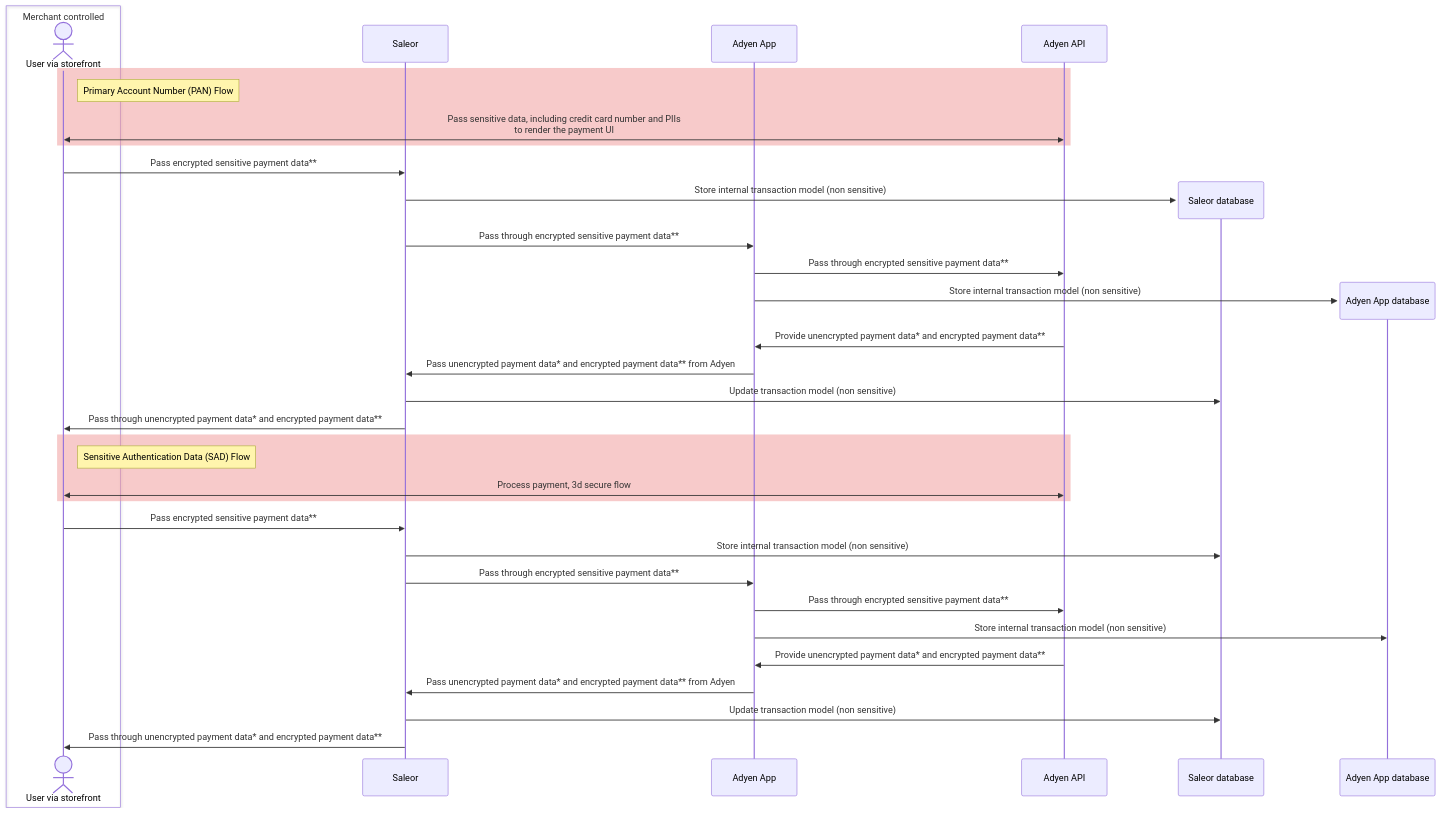
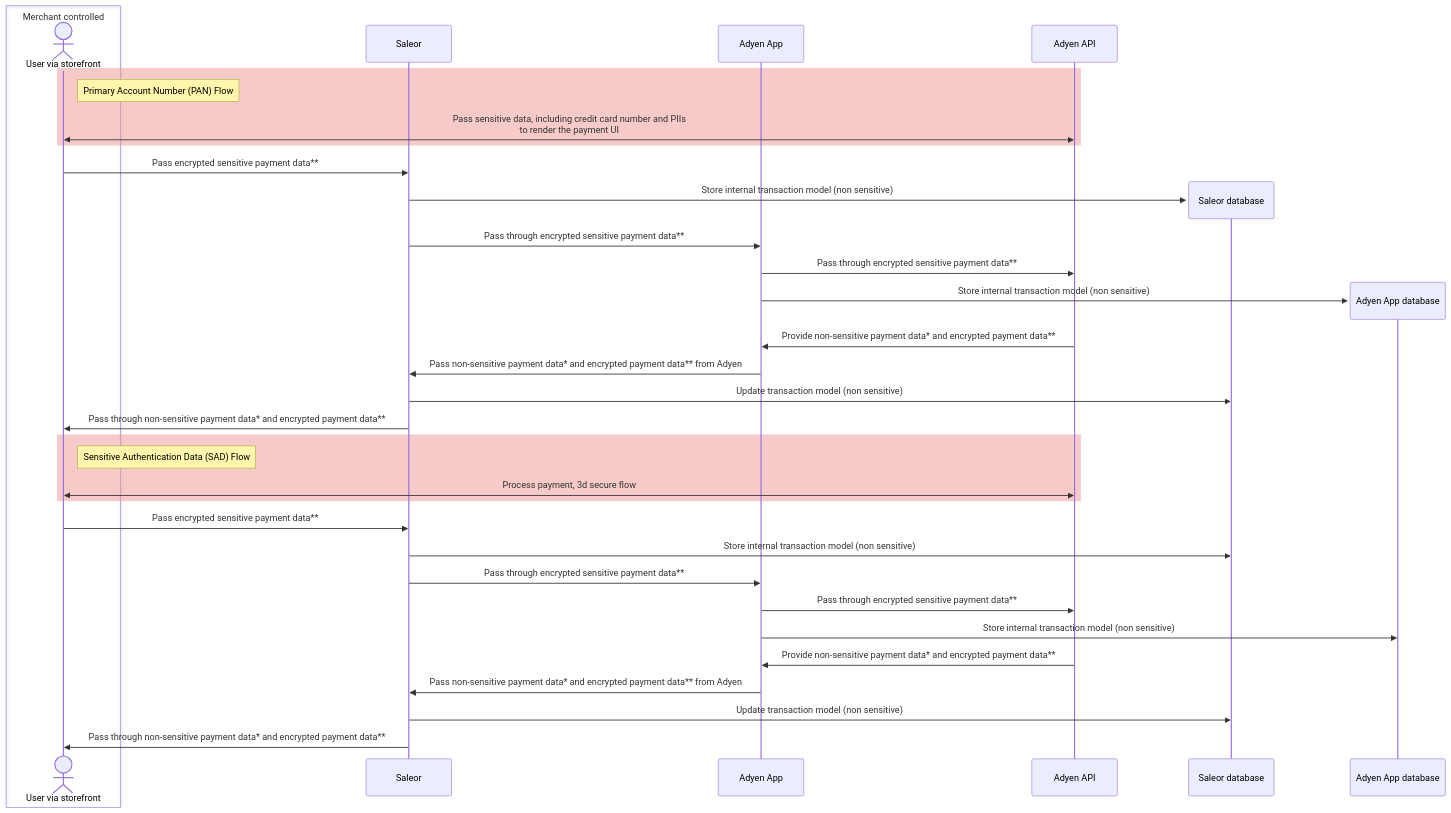
The diagram in docs/developer/app-store/apps/adyen/pci-dss.mdx (saleor/saleor-docs), drawn with Mermaid before and after one commit. The commit also changed 1 other file, not shown here.

Commit message:
Update wording for adyen app & stripe plugin

````diff
--- a/docs/developer/app-store/apps/adyen/pci-dss.mdx
+++ b/docs/developer/app-store/apps/adyen/pci-dss.mdx
@@ -9,43 +9,43 @@
 ```mermaid
 sequenceDiagram
     box Merchant controlled
     actor User via storefront
     end
     participant Saleor
     participant Adyen App
     participant Adyen API
 
     rect rgba(240,150,150,0.5)
         note right of User via storefront: Primary Account Number (PAN) Flow
         User via storefront <<->> Adyen API: Pass sensitive data, including credit card number and PIIs<br/>to render the payment UI
     end
 
     User via storefront ->> Saleor: Pass encrypted sensitive payment data**
     create participant Saleor database
     Saleor ->> Saleor database: Store internal transaction model (non sensitive)
     Saleor ->> Adyen App: Pass through encrypted sensitive payment data**
     Adyen App ->> Adyen API: Pass through encrypted sensitive payment data**
     create participant Adyen App database
     Adyen App ->> Adyen App database: Store internal transaction model (non sensitive)
 
-    Adyen API ->> Adyen App: Provide unencrypted payment data* and encrypted payment data**
-    Adyen App ->> Saleor: Pass unencrypted payment data* and encrypted payment data** from Adyen
+    Adyen API ->> Adyen App: Provide non-sensitive payment data* and encrypted payment data**
+    Adyen App ->> Saleor: Pass non-sensitive payment data* and encrypted payment data** from Adyen
     Saleor ->> Saleor database: Update transaction model (non sensitive)
-    Saleor ->> User via storefront: Pass through unencrypted payment data* and encrypted payment data** 
+    Saleor ->> User via storefront: Pass through non-sensitive payment data* and encrypted payment data** 
 
     rect rgba(240,150,150,0.5)
         note right of User via storefront: Sensitive Authentication Data (SAD) Flow
         User via storefront <<->> Adyen API: Process payment, 3d secure flow
     end
 
     User via storefront ->> Saleor: Pass encrypted sensitive payment data**
     Saleor ->> Saleor database: Store internal transaction model (non sensitive)
     Saleor ->> Adyen App: Pass through encrypted sensitive payment data**
     Adyen App ->> Adyen API: Pass through encrypted sensitive payment data**
     Adyen App ->> Adyen App database: Store internal transaction model (non sensitive)
 
-    Adyen API ->> Adyen App: Provide unencrypted payment data* and encrypted payment data**
-    Adyen App ->> Saleor: Pass unencrypted payment data* and encrypted payment data** from Adyen
+    Adyen API ->> Adyen App: Provide non-sensitive payment data* and encrypted payment data**
+    Adyen App ->> Saleor: Pass non-sensitive payment data* and encrypted payment data** from Adyen
     Saleor ->> Saleor database: Update transaction model (non sensitive)
-    Saleor ->> User via storefront: Pass through unencrypted payment data* and encrypted payment data** 
+    Saleor ->> User via storefront: Pass through non-sensitive payment data* and encrypted payment data** 
 ```
````
